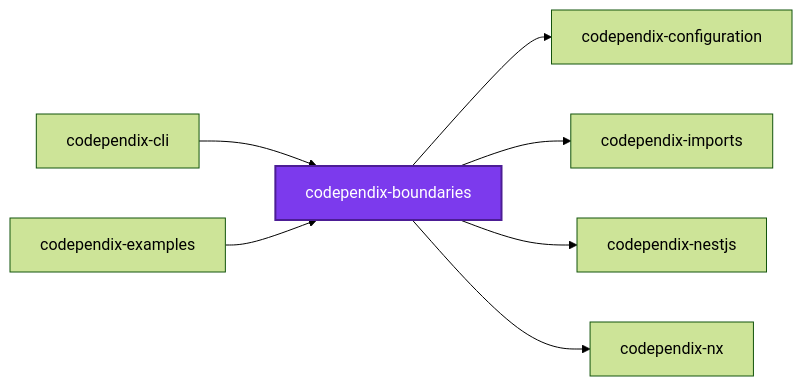
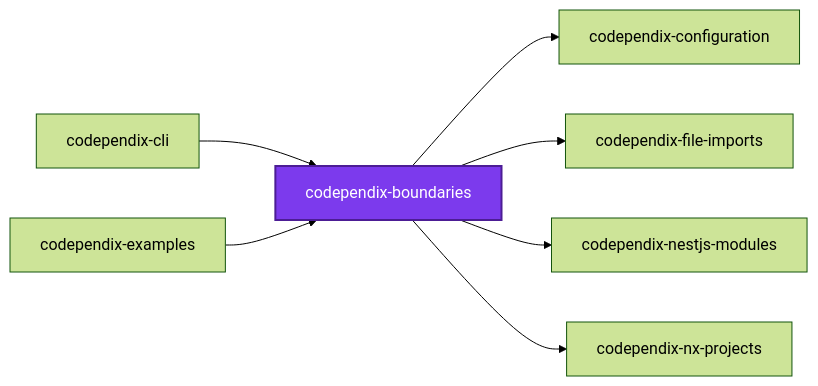
The first of 3 diagrams in packages/ic-suite/codependix/codependix-boundaries/README.md (JimmyPaolini/codebase), drawn with Mermaid (forest theme) before and after one commit. The commit also changed other lines of this file and 218 other files, not shown here.

Commit message:
refactor(codependix): ♻️ rename graph-type packages to match main

````diff
--- a/packages/ic-suite/codependix/codependix-boundaries/README.md
+++ b/packages/ic-suite/codependix/codependix-boundaries/README.md
@@ -146,18 +146,18 @@
 ```mermaid
 graph LR
   codependix_boundaries["codependix-boundaries"]
   codependix_cli["codependix-cli"]
   codependix_configuration["codependix-configuration"]
   codependix_examples["codependix-examples"]
-  codependix_imports["codependix-imports"]
-  codependix_nestjs["codependix-nestjs"]
-  codependix_nx["codependix-nx"]
+  codependix_imports["codependix-file-imports"]
+  codependix_nestjs["codependix-nestjs-modules"]
+  codependix_nx["codependix-nx-projects"]
   codependix_boundaries --> codependix_configuration
   codependix_boundaries --> codependix_imports
   codependix_boundaries --> codependix_nestjs
   codependix_boundaries --> codependix_nx
   codependix_cli --> codependix_boundaries
   codependix_examples --> codependix_boundaries
   classDef subject fill:#7c3aed,color:#fff,stroke:#4c1d95,stroke-width:2px
   class codependix_boundaries subject
 ```
````
